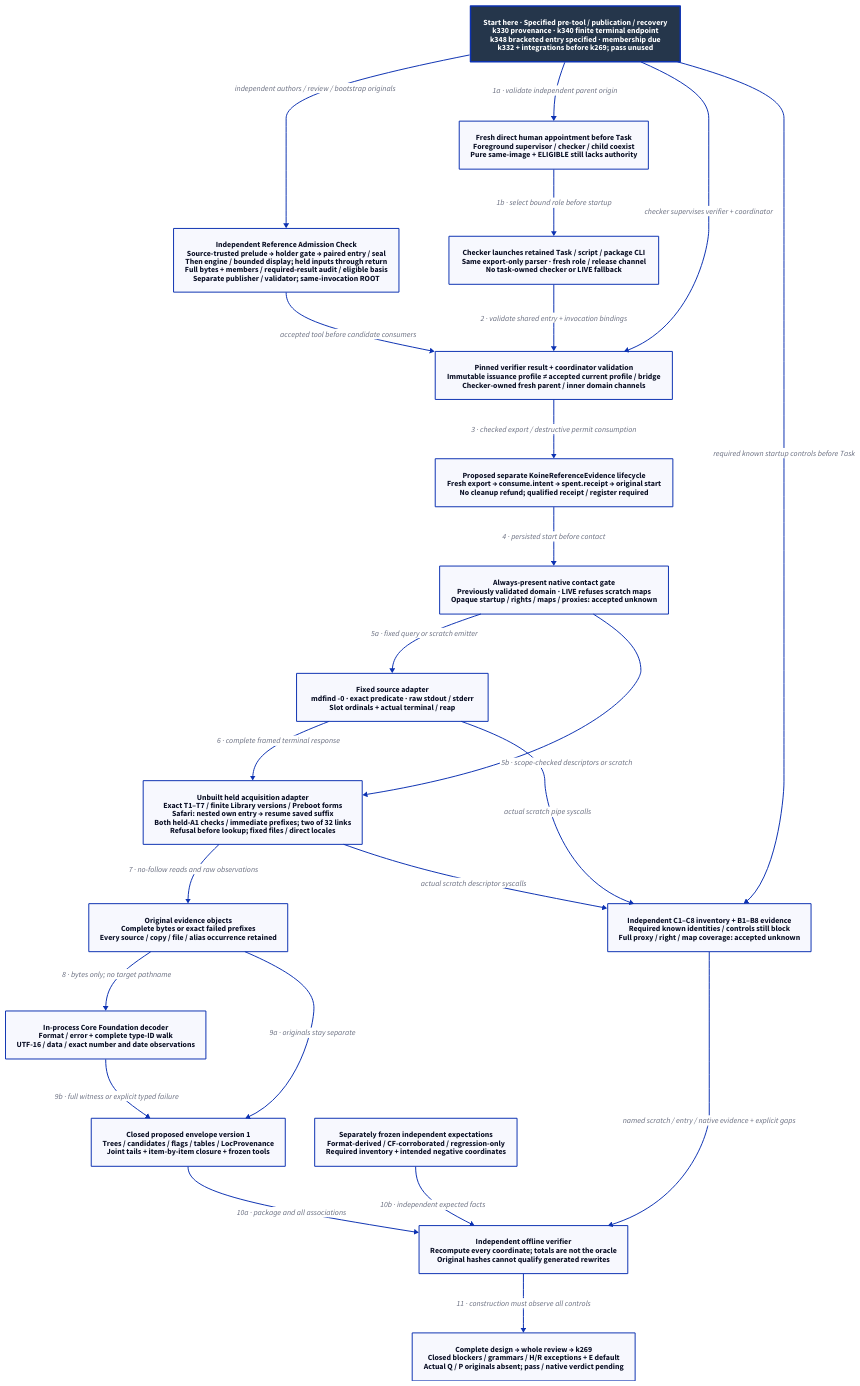
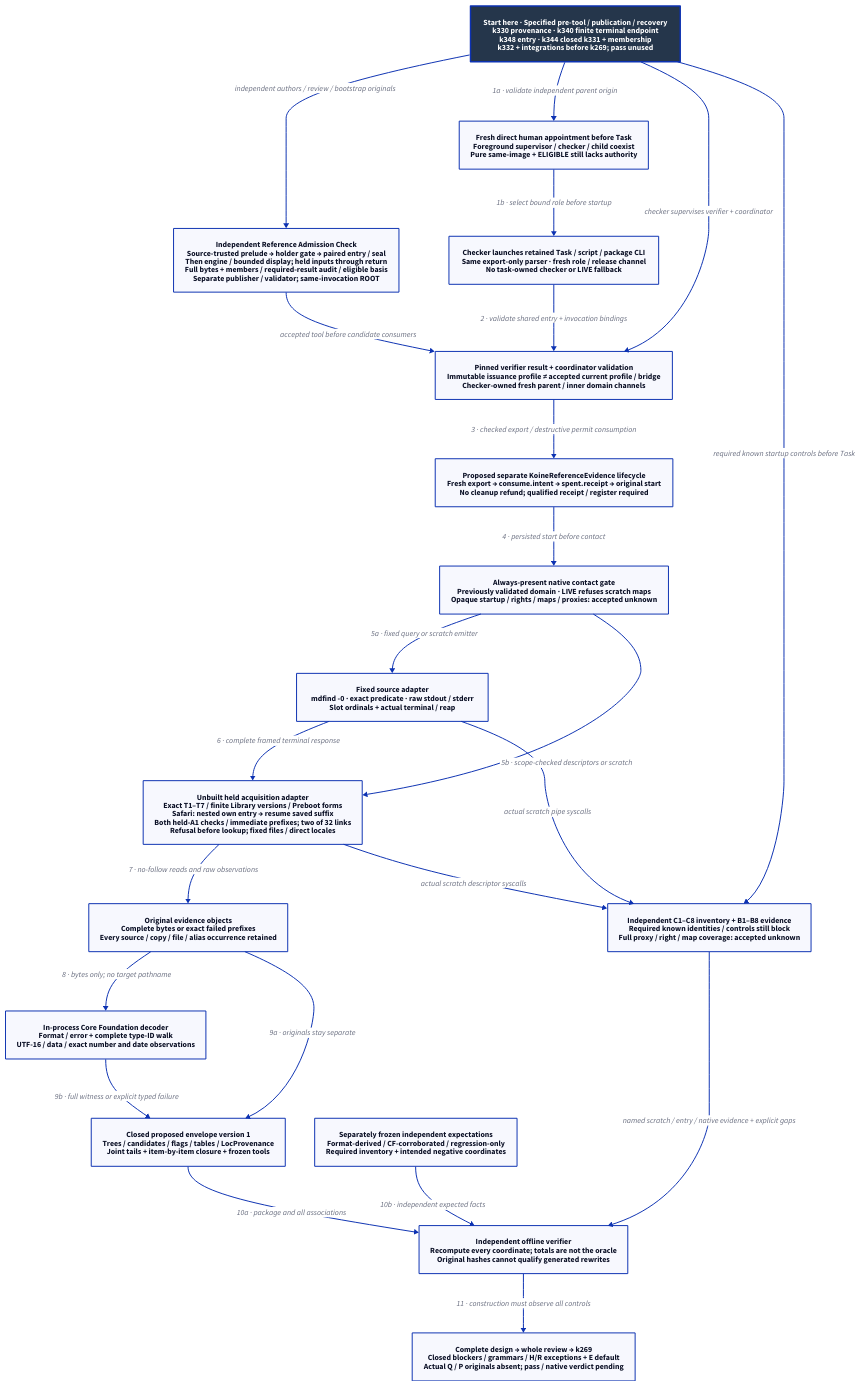
One commit to Linkuistics/Koine changed the diagram in docs/design/architecture/native-reference-instrument.d2. Above: the diagram before and after it, drawn with D2. The commit also changed 36 other files, not shown here.

First line of the commit message:
Close whole checkpoint-recovery replacement and freeze its membership (reference-evidence-checkpoint-recovery-k344; closes reference-evidence-checkpoint-recovery-k336, reference-evidence-checkpoint-recovery-k331)

```diff
--- a/docs/design/architecture/native-reference-instrument.d2
+++ b/docs/design/architecture/native-reference-instrument.d2
@@ -1,43 +1,43 @@
-# Specified k331 mechanisms and k348 bracketed entry; k344 membership and k332 review precede use.
+# K344 closed k331 with new whole membership; k332 review and integrations precede use.
 direction: down
 classes: {
   start: {style: {fill: "#25364B"; font-color: "#FFFFFF"; bold: true; stroke-width: 3}}
 }
-Start: "Start here · Specified pre-tool / publication / recovery\nk330 provenance · k340 finite terminal endpoint\nk348 bracketed entry specified · membership due\nk332 + integrations before k269; pass unused" {class: start}
+Start: "Start here · Specified pre-tool / publication / recovery\nk330 provenance · k340 finite terminal endpoint\nk348 entry · k344 closed k331 + membership\nk332 + integrations before k269; pass unused" {class: start}
 Role: "Fresh direct human appointment before Task\nForeground supervisor / checker / child coexist\nPure same-image + ELIGIBLE still lacks authority"
 Task: "Checker launches retained Task / script / package CLI\nSame export-only parser · fresh role / release channel\nNo task-owned checker or LIVE fallback"
 Admission: "Pinned verifier result + coordinator validation\nImmutable issuance profile ≠ accepted current profile / bridge\nChecker-owned fresh parent / inner domain channels"
 Authority: "Proposed separate KoineReferenceEvidence lifecycle\nFresh export → consume.intent → spent.receipt → original start\nNo cleanup refund; qualified receipt / register required"
 Gate: "Always-present native contact gate\nPreviously validated domain · LIVE refuses scratch maps\nOpaque startup / rights / maps / proxies: accepted unknown"
 Source: "Fixed source adapter\nmdfind -0 · exact predicate · raw stdout / stderr\nSlot ordinals + actual terminal / reap"
 Held: "Unbuilt held acquisition adapter\nExact T1–T7 / finite Library versions / Preboot forms\nSafari: nested own entry → resume saved suffix\nBoth held-A1 checks / immediate prefixes; two of 32 links\nRefusal before lookup; fixed files / direct locales"
 Objects: "Original evidence objects\nComplete bytes or exact failed prefixes\nEvery source / copy / file / alias occurrence retained"
 Decoder: "In-process Core Foundation decoder\nFormat / error + complete type-ID walk\nUTF-16 / data / exact number and date observations"
 Envelope: "Closed proposed envelope version 1\nTrees / candidates / flags / tables / LocProvenance\nJoint tails + item-by-item closure + frozen tools"
 Oracle: "Separately frozen independent expectations\nFormat-derived / CF-corroborated / regression-only\nRequired inventory + intended negative coordinates"
 Observer: "Independent C1–C8 inventory + B1–B8 evidence\nRequired known identities / controls still block\nFull proxy / right / map coverage: accepted unknown"
 Verifier: "Independent offline verifier\nRecompute every coordinate; totals are not the oracle\nOriginal hashes cannot qualify generated rewrites"
 Boundary: "Complete design → whole review → k269\nClosed blockers / grammars / H/R exceptions + E default\nActual Q / P originals absent; pass / native verdict pending"
 Compare: "Independent Reference Admission Check\nSource-trusted prelude → holder gate → paired entry / seal\nThen engine / bounded display; held inputs through return\nFull bytes + members / required-result audit / eligible basis\nSeparate publisher / validator; same-invocation ROOT"
 Compare -> Admission: "accepted tool before candidate consumers"
 Start -> Compare: "independent authors / review / bootstrap originals"
 Start -> Role: "1a · validate independent parent origin"
 Role -> Task: "1b · select bound role before startup"
 Start -> Admission: "checker supervises verifier + coordinator"
 Start -> Observer: "required known startup controls before Task"
 Task -> Admission: "2 · validate shared entry + invocation bindings"
 Admission -> Authority: "3 · checked export / destructive permit consumption"
 Authority -> Gate: "4 · persisted start before contact"
 Gate -> Source: "5a · fixed query or scratch emitter"
 Gate -> Held: "5b · scope-checked descriptors or scratch"
 Source -> Held: "6 · complete framed terminal response"
 Held -> Objects: "7 · no-follow reads and raw observations"
 Objects -> Decoder: "8 · bytes only; no target pathname"
 Objects -> Envelope: "9a · originals stay separate"
 Decoder -> Envelope: "9b · full witness or explicit typed failure"
 Envelope -> Verifier: "10a · package and all associations"
 Oracle -> Verifier: "10b · independent expected facts"
 Source -> Observer: "actual scratch pipe syscalls"
 Held -> Observer: "actual scratch descriptor syscalls"
 Observer -> Verifier: "named scratch / entry / native evidence + explicit gaps"
 Verifier -> Boundary: "11 · construction must observe all controls"
```
